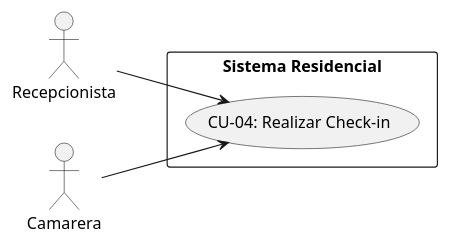
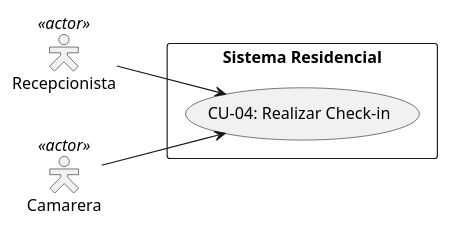
One commit to Tsmrain/GestionSistemas changed diagram 16 of 36 in RefactorV4.md. Above: the diagram before and after it, drawn with PlantUML. The commit also changed other lines of this file and 1 other file, not shown here.

Commit message:
refactor: enhance UML diagrams with GRASP stereotypes, layer annotations, and updated sequence interactions.

````diff
--- a/RefactorV4.md
+++ b/RefactorV4.md
@@ -783,12 +898,13 @@
 ```plantuml
 @startuml
 left to right direction
-actor "Recepcionista" as Recepcionista
-actor "Camarera" as Camarera
+skinparam actorStyle hollow
+actor "Recepcionista" as Recepcionista <<actor>>
+actor "Camarera" as Camarera <<actor>>
 rectangle "Sistema Residencial" {
   usecase "CU-04: Realizar Check-in" as CU04
 }
 Recepcionista --> CU04
 Camarera --> CU04
 @enduml
 ```
````
